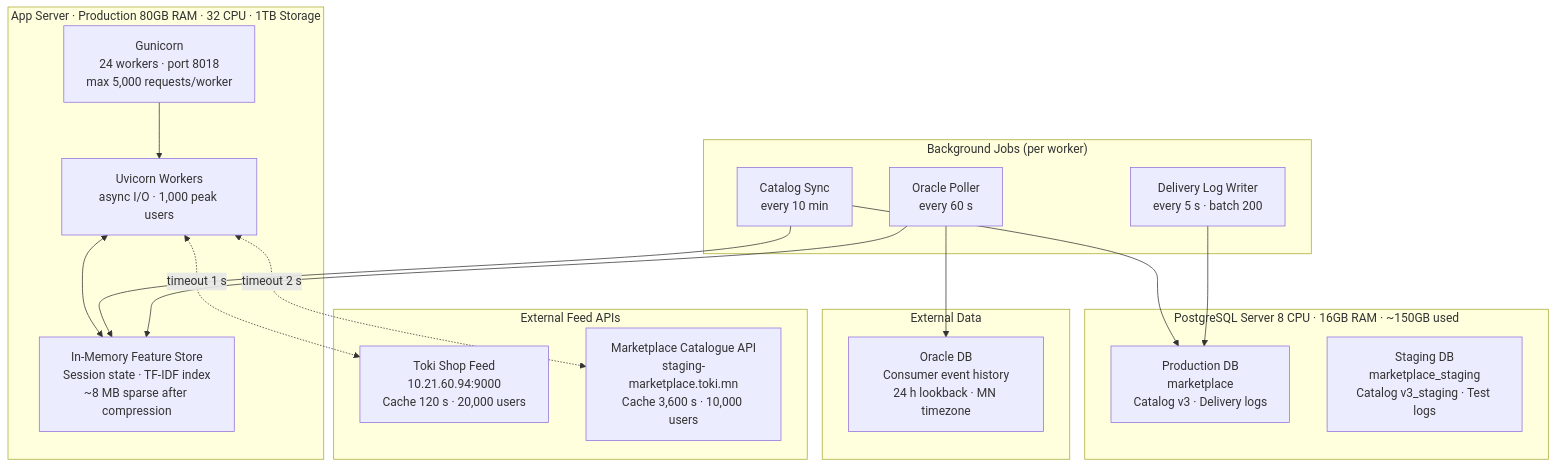
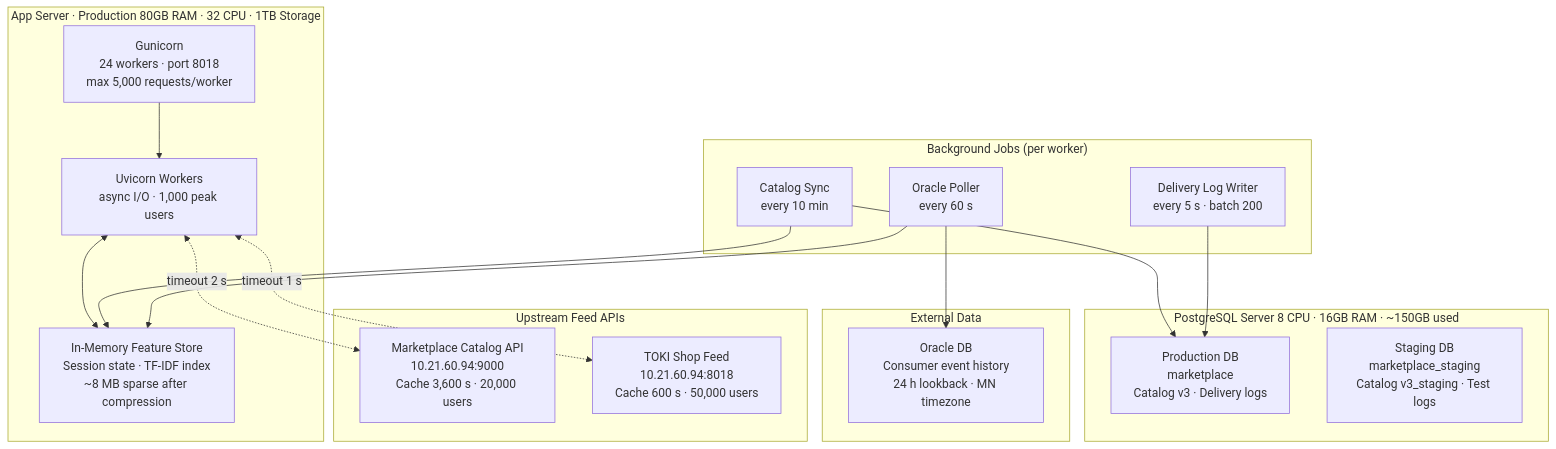
The ninth of 10 diagrams in docs/SYSTEM_PRESENTATION.md (unitelds/marketplace-stream-data-recommendation-engine), drawn with Mermaid before and after one commit. The commit also changed other lines of this file and 20 other files, not shown here.

````diff
--- a/docs/SYSTEM_PRESENTATION.md
+++ b/docs/SYSTEM_PRESENTATION.md
@@ -358,38 +371,38 @@
 ```mermaid
 graph TD
     subgraph RUNTIME["App Server · Production  80GB RAM · 32 CPU · 1TB Storage"]
         GUN["Gunicorn\n24 workers · port 8018\nmax 5,000 requests/worker"]
         UVW["Uvicorn Workers\nasync I/O · 1,000 peak users"]
         MEM["In-Memory Feature Store\nSession state · TF-IDF index\n~8 MB sparse after compression"]
         GUN --> UVW
         UVW <--> MEM
     end
 
     subgraph PGSERVER["PostgreSQL Server  8 CPU · 16GB RAM · ~150GB used"]
         PGP["Production DB\nmarketplace\nCatalog v3 · Delivery logs"]
         PGS["Staging DB\nmarketplace_staging\nCatalog v3_staging · Test logs"]
     end
 
     subgraph EXTSTORAGE["External Data"]
         ORA["Oracle DB\nConsumer event history\n24 h lookback · MN timezone"]
     end
 
-    subgraph EXTAPIS["External Feed APIs"]
-        TF["Toki Shop Feed\n10.21.60.94:9000\nCache 120 s · 20,000 users"]
-        MKT["Marketplace Catalogue API\nstaging-marketplace.toki.mn\nCache 3,600 s · 10,000 users"]
+    subgraph EXTAPIS["Upstream Feed APIs"]
+        MKT["Marketplace Catalog API\n10.21.60.94:9000\nCache 3,600 s · 20,000 users"]
+        TF["TOKI Shop Feed\n10.21.60.94:8018\nCache 600 s · 50,000 users"]
     end
 
     subgraph JOBS["Background Jobs (per worker)"]
         CS["Catalog Sync\nevery 10 min"]
         OP["Oracle Poller\nevery 60 s"]
         DQ["Delivery Log Writer\nevery 5 s · batch 200"]
     end
 
     UVW <-.->|timeout 1 s| TF
     UVW <-.->|timeout 2 s| MKT
     CS --> PGP
     DQ --> PGP
     OP --> ORA
     CS --> MEM
     OP --> MEM
 ```
````
